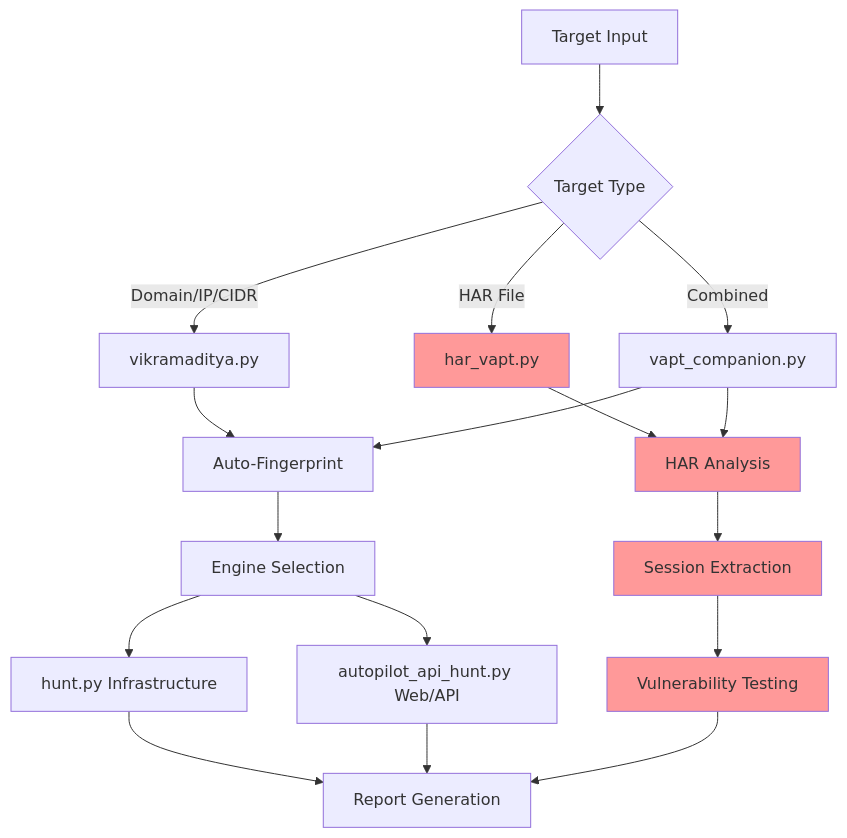
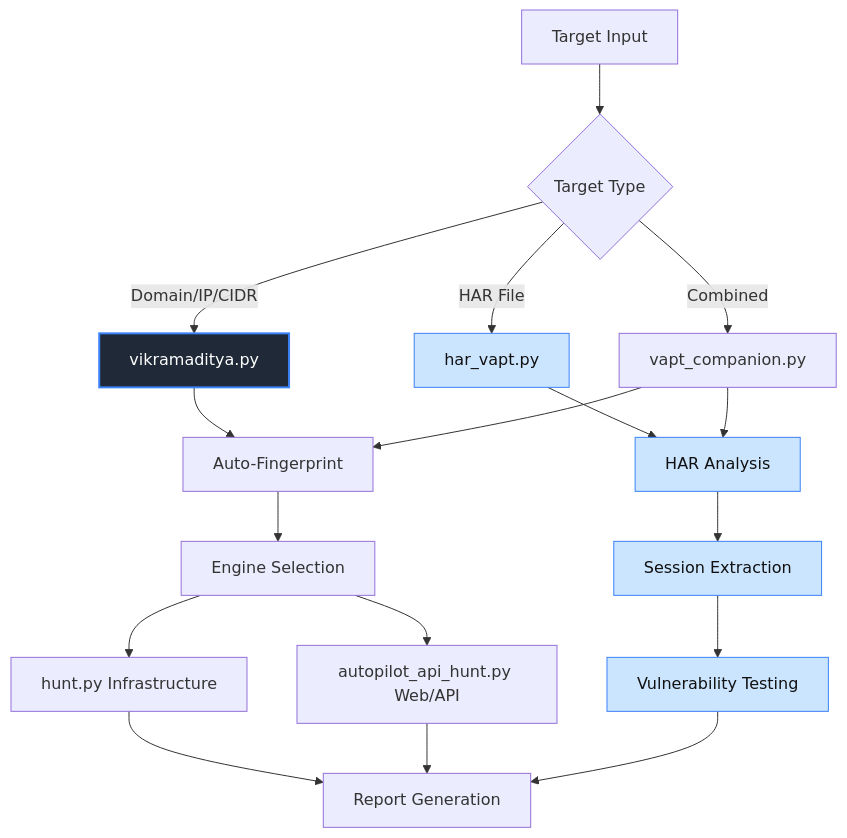
Before and after one commit to venkatas/vikramaditya: the diagram in README.md, drawn with Mermaid. The commit also changed other lines of this file, not shown here.

````diff
--- a/README.md
+++ b/README.md
@@ -278,28 +328,28 @@
 ```mermaid
 graph TB
     A[Target Input] --> B{Target Type}
     B -->|Domain/IP/CIDR| C[vikramaditya.py]
     B -->|HAR File| D[har_vapt.py]
     B -->|Combined| E[vapt_companion.py]
 
     C --> F[Auto-Fingerprint]
     F --> G[Engine Selection]
     G --> H[hunt.py Infrastructure]
     G --> I[autopilot_api_hunt.py Web/API]
 
     D --> J[HAR Analysis]
     J --> K[Session Extraction]
     K --> L[Vulnerability Testing]
 
     E --> F
     E --> J
 
     H --> M[Report Generation]
     I --> M
     L --> M
 
-    style D fill:#ff9999
-    style J fill:#ff9999
-    style K fill:#ff9999
-    style L fill:#ff9999
+    classDef hub fill:#1f2937,stroke:#3b82f6,color:#fff,stroke-width:2px;
+    classDef har fill:#cce5ff,stroke:#3b82f6,color:#111;
+    class C hub;
+    class D,J,K,L har;
 ```
````
